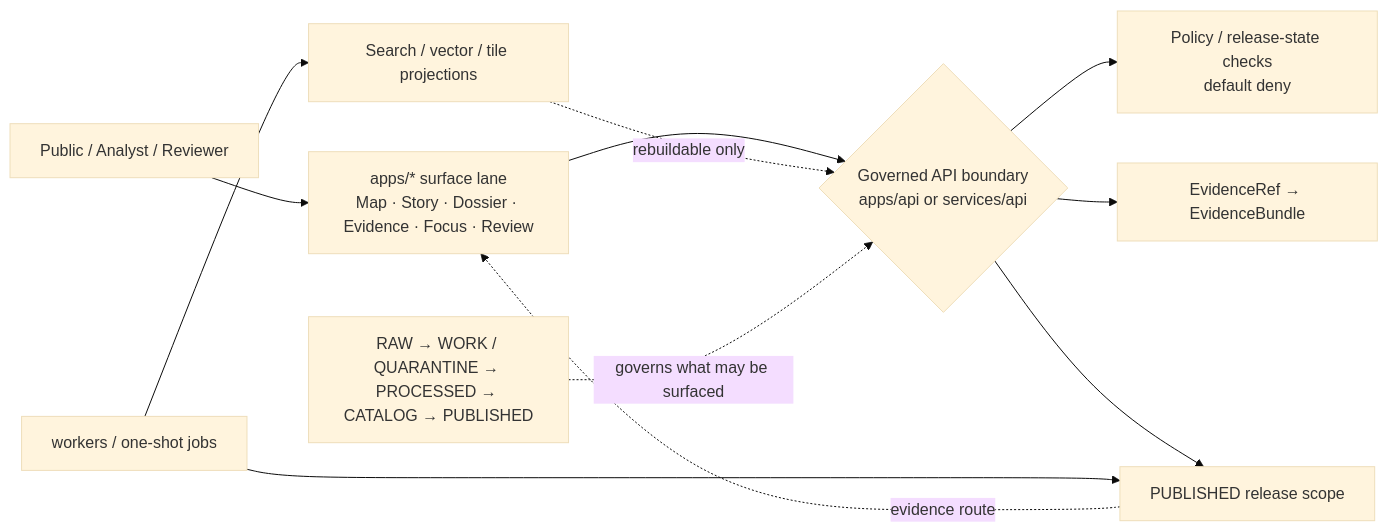
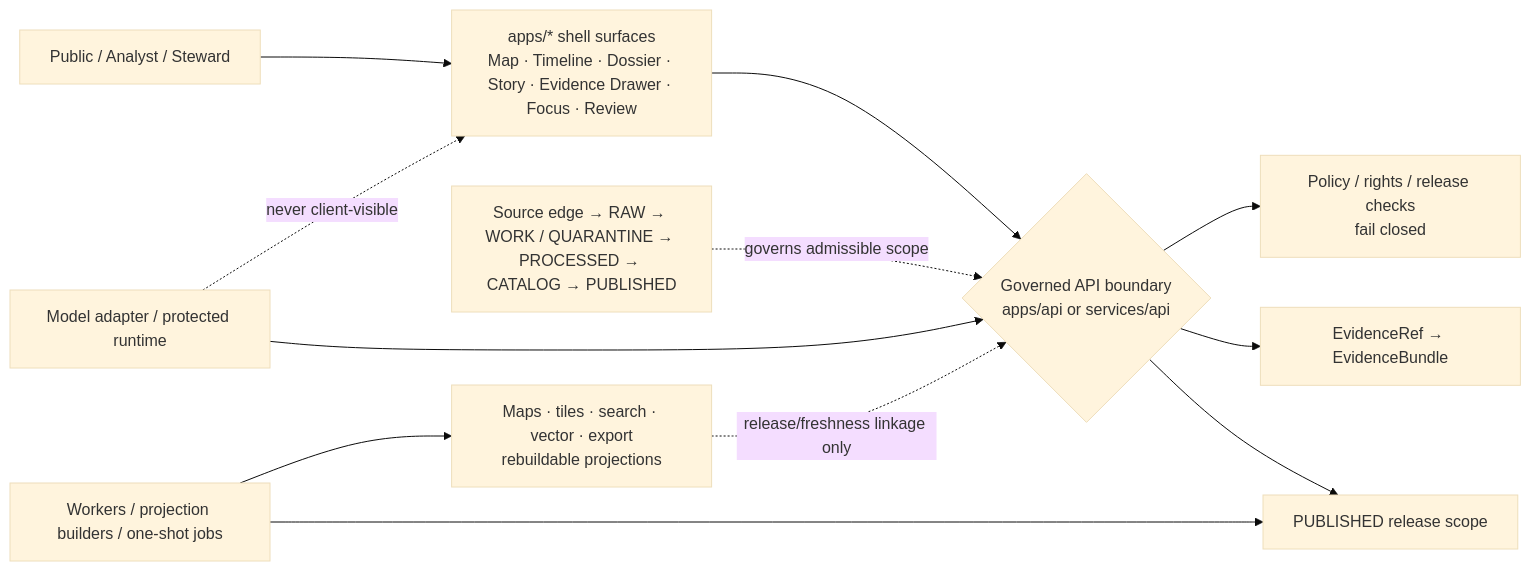
The diagram in apps/README.md (bartytime4life/Kansas-Frontier-Matrix), drawn with Mermaid (base theme) before and after one commit. The commit also changed other lines of this file, not shown here.

````diff
--- a/apps/README.md
+++ b/apps/README.md
@@ -293,19 +308,21 @@
 ```mermaid
 flowchart LR
-    User[Public / Analyst / Reviewer] --> Apps[apps/* surface lane<br/>Map · Story · Dossier · Evidence · Focus · Review]
+    User[Public / Analyst / Steward] --> Shell[apps/* shell surfaces<br/>Map · Timeline · Dossier · Story · Evidence Drawer · Focus · Review]
 
-    Apps --> API{Governed API boundary<br/>apps/api or services/api}
+    Shell --> API{Governed API boundary<br/>apps/api or services/api}
 
-    API --> Policy[Policy / release-state checks<br/>default deny]
+    API --> Policy[Policy / rights / release checks<br/>fail closed]
     API --> Resolver[EvidenceRef → EvidenceBundle]
     API --> Published[PUBLISHED release scope]
 
-    Workers[workers / one-shot jobs] --> Published
-    Workers --> Proj[Search / vector / tile projections]
+    Workers[Workers / projection builders / one-shot jobs] --> Published
+    Workers --> Derived[Maps · tiles · search · vector · export<br/>rebuildable projections]
 
-    Proj -. rebuildable only .-> API
-    Published -. evidence route .-> Apps
+    Canonical[Source edge → RAW → WORK / QUARANTINE → PROCESSED → CATALOG → PUBLISHED]
+    Canonical -. governs admissible scope .-> API
 
-    Canonical[RAW → WORK / QUARANTINE → PROCESSED → CATALOG → PUBLISHED]
-    Canonical -. governs what may be surfaced .-> API
+    Model[Model adapter / protected runtime] --> API
+    Model -. never client-visible .-> Shell
+
+    Derived -. release/freshness linkage only .-> API
 ```
````
